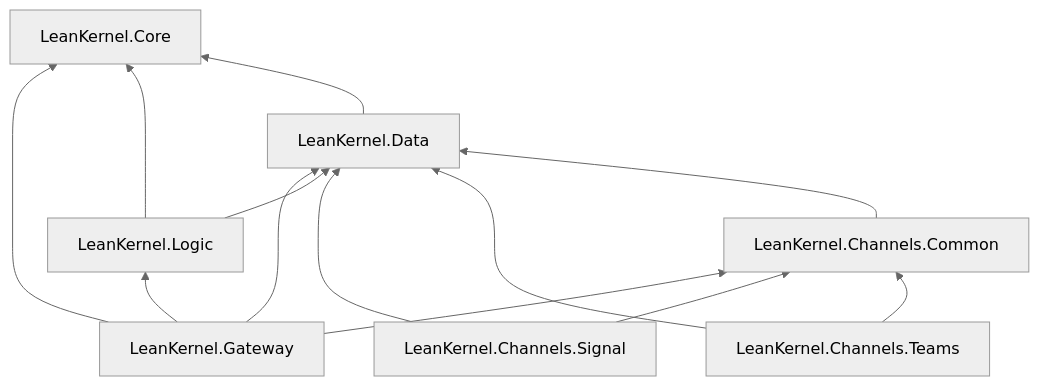
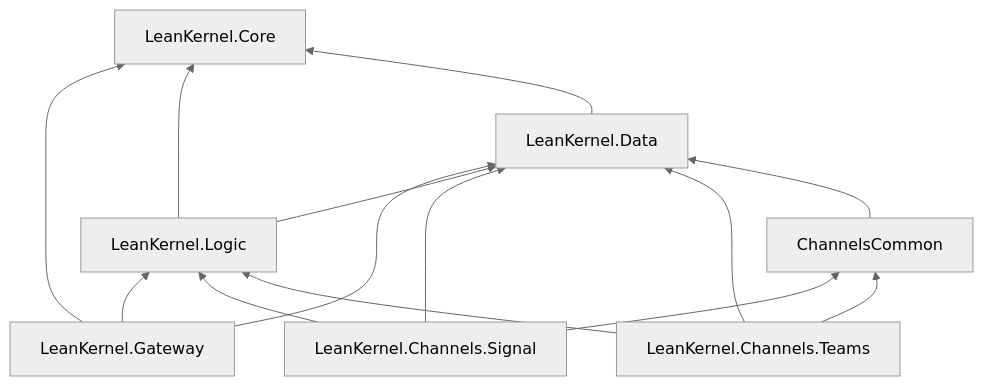
One commit to achingono/leankernel changed the diagram in docs/architecture/solution-structure.md. Above: the diagram before and after it, drawn with Mermaid (neutral theme). The commit also changed other lines of this file and 18 other files, not shown here.

Commit message:
fix: align docker builds and docs with current architecture

````diff
--- a/docs/architecture/solution-structure.md
+++ b/docs/architecture/solution-structure.md
@@ -33,19 +33,20 @@
 ```mermaid
 flowchart BT
     Gateway[LeanKernel.Gateway] --> Logic[LeanKernel.Logic]
     Gateway --> Data[LeanKernel.Data]
     Gateway --> Core[LeanKernel.Core]
-    Gateway --> ChannelsCommon[LeanKernel.Channels.Common]
 
     Logic --> Data
     Logic --> Core
 
     Signal[LeanKernel.Channels.Signal] --> Data
+    Signal --> Logic
     Signal --> ChannelsCommon
 
     Teams[LeanKernel.Channels.Teams] --> Data
+    Teams --> Logic
     Teams --> ChannelsCommon
 
     ChannelsCommon --> Data
     Data --> Core
 ```
````
